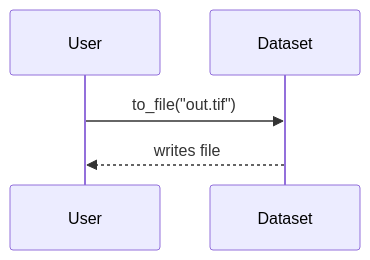
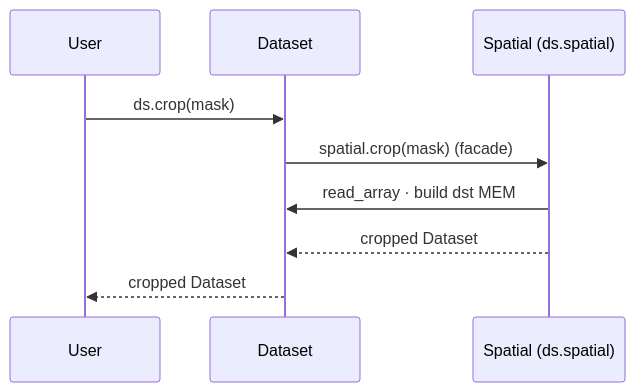
The seventh of 13 diagrams in docs/architecture/diagrams.md (serapeum-org/pyramids), drawn with Mermaid before and after one commit. The commit also changed other lines of this file and 3 other files, not shown here.

````diff
--- a/docs/architecture/diagrams.md
+++ b/docs/architecture/diagrams.md
@@ -94,7 +213,11 @@
 ```mermaid
 sequenceDiagram
   participant U as User
   participant DS as Dataset
-  U->>DS: to_file("out.tif")
-  DS-->>U: writes file
+  participant SP as Spatial (ds.spatial)
+  U->>DS: ds.crop(mask)
+  DS->>SP: spatial.crop(mask) (facade)
+  SP->>DS: read_array · build dst MEM
+  SP-->>DS: cropped Dataset
+  DS-->>U: cropped Dataset
 ```
````
